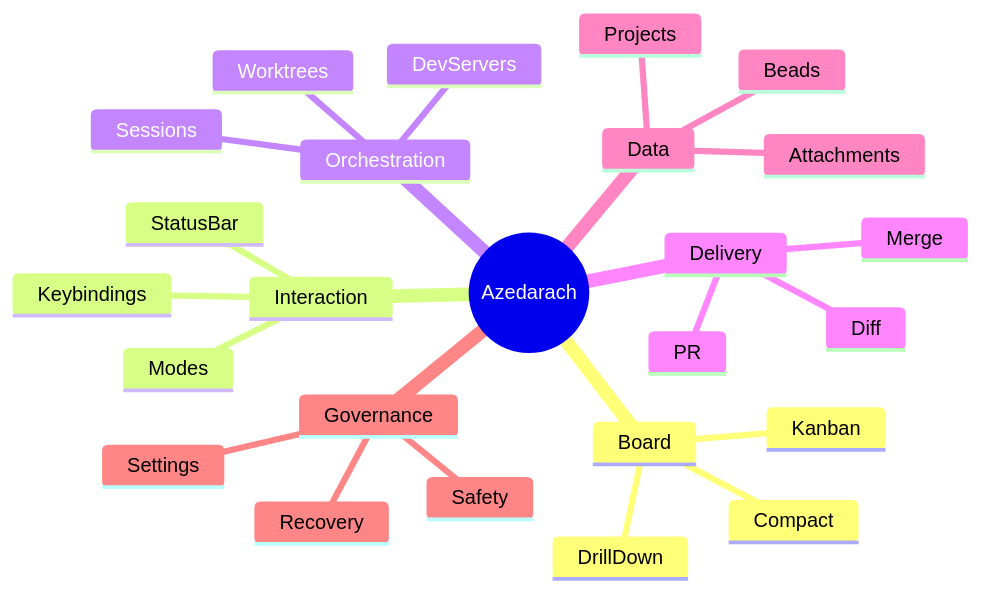
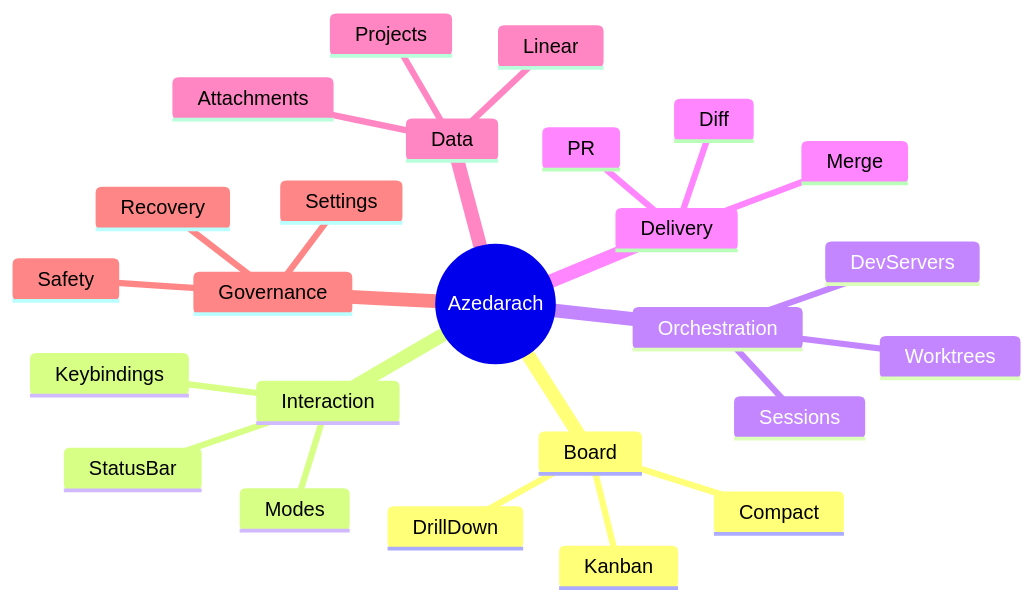
One commit to riordanpawley/azedarach changed the second of 2 diagrams in docs/spec/01-product-definition.md. Above: the diagram before and after it, drawn with Mermaid. The commit also changed other lines of this file and 39 other files, not shown here.

````diff
--- a/docs/spec/01-product-definition.md
+++ b/docs/spec/01-product-definition.md
@@ -264,28 +264,28 @@
 ```mermaid
 mindmap
   root((Azedarach))
     Board
       Kanban
       Compact
       DrillDown
     Interaction
       Modes
       Keybindings
       StatusBar
     Orchestration
       Sessions
       Worktrees
       DevServers
     Delivery
       Merge
       Diff
       PR
     Data
-      Beads
+      Linear
       Projects
       Attachments
     Governance
       Settings
       Safety
       Recovery
 ```
````
